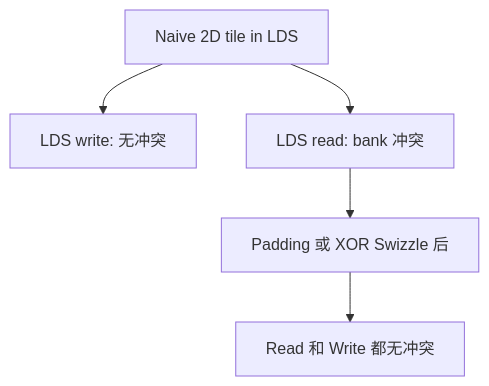
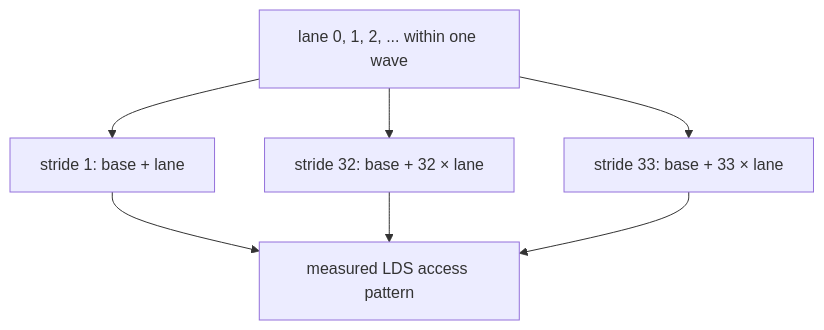
Before and after one commit to Weihong-Liu/hello-gpu: the eighth of 9 diagrams in docs/part0-intro/chapter2/index.md, drawn with Mermaid. The commit also changed other lines of this file and 21 other files, not shown here.

````diff
--- a/docs/part0-intro/chapter2/index.md
+++ b/docs/part0-intro/chapter2/index.md
@@ -295,7 +283,9 @@
 ```mermaid
-flowchart TD
-    A[Naive 2D tile in LDS] --> B[LDS write: 无冲突]
-    A --> C[LDS read: bank 冲突]
-    C --> D[Padding 或 XOR Swizzle 后]
-    D --> E[Read 和 Write 都无冲突]
+flowchart TB
+    L[lane 0, 1, 2, ... within one wave] --> A[stride 1: base + lane]
+    L --> B[stride 32: base + 32 × lane]
+    L --> C[stride 33: base + 33 × lane]
+    A --> M[measured LDS access pattern]
+    B --> M
+    C --> M
 ```
````
